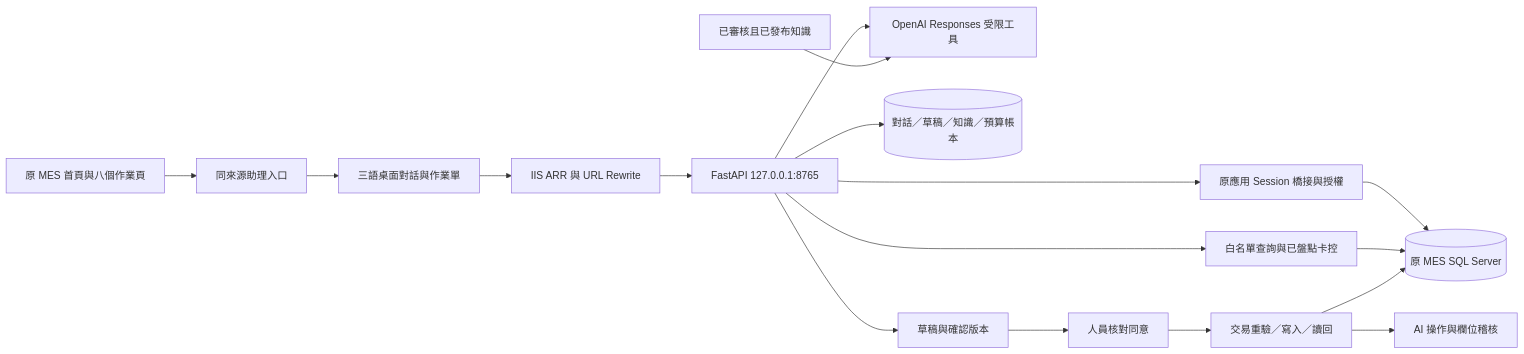
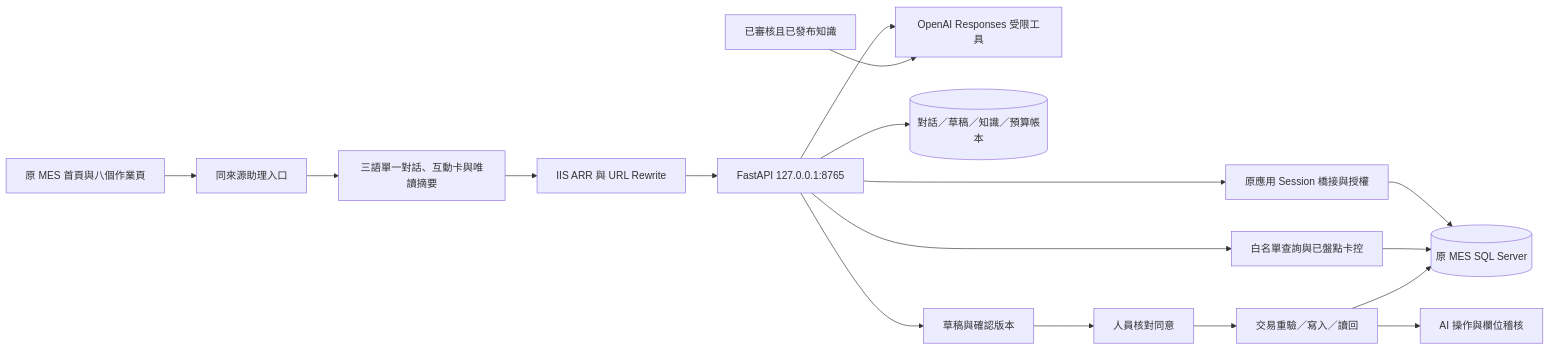
One commit to WeYuTech/KaosuAiAgentTest changed the first of 3 diagrams in README.md. Above: the diagram before and after it, drawn with Mermaid. The commit also changed other lines of this file and 13 other files, not shown here.

````diff
--- a/README.md
+++ b/README.md
@@ -13,19 +13,19 @@
 ```mermaid
 flowchart LR
     MES[原 MES 首頁與八個作業頁] --> Loader[同來源助理入口]
-    Loader --> UI[三語桌面對話與作業單]
+    Loader --> UI[三語單一對話、互動卡與唯讀摘要]
     UI --> IIS[IIS ARR 與 URL Rewrite]
     IIS --> API[FastAPI 127.0.0.1:8765]
     API --> Identity[原應用 Session 橋接與授權]
     Identity --> SQL[(原 MES SQL Server)]
     API --> Query[白名單查詢與已盤點卡控]
     Query --> SQL
     API --> Model[OpenAI Responses 受限工具]
     Knowledge[已審核且已發布知識] --> Model
     API --> Local[(對話／草稿／知識／預算帳本)]
     API --> Preview[草稿與確認版本]
     Preview --> Human[人員核對同意]
     Human --> Tx[交易重驗／寫入／讀回]
     Tx --> SQL
     Tx --> Audit[AI 操作與欄位稽核]
 ```
````
